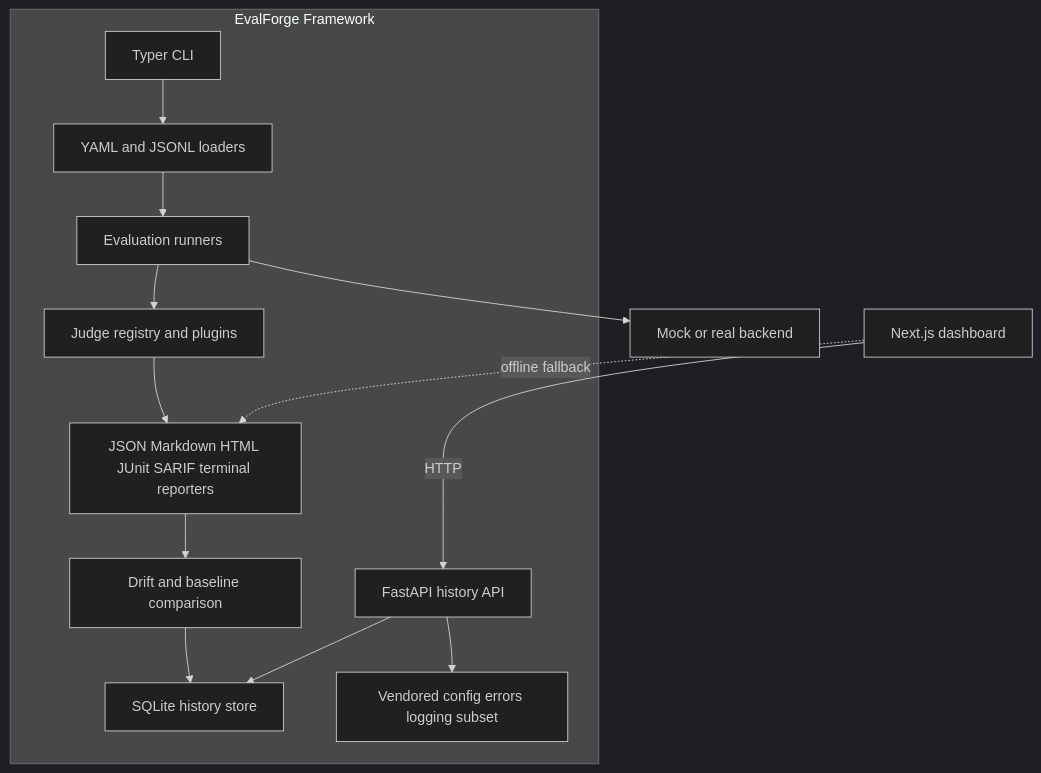
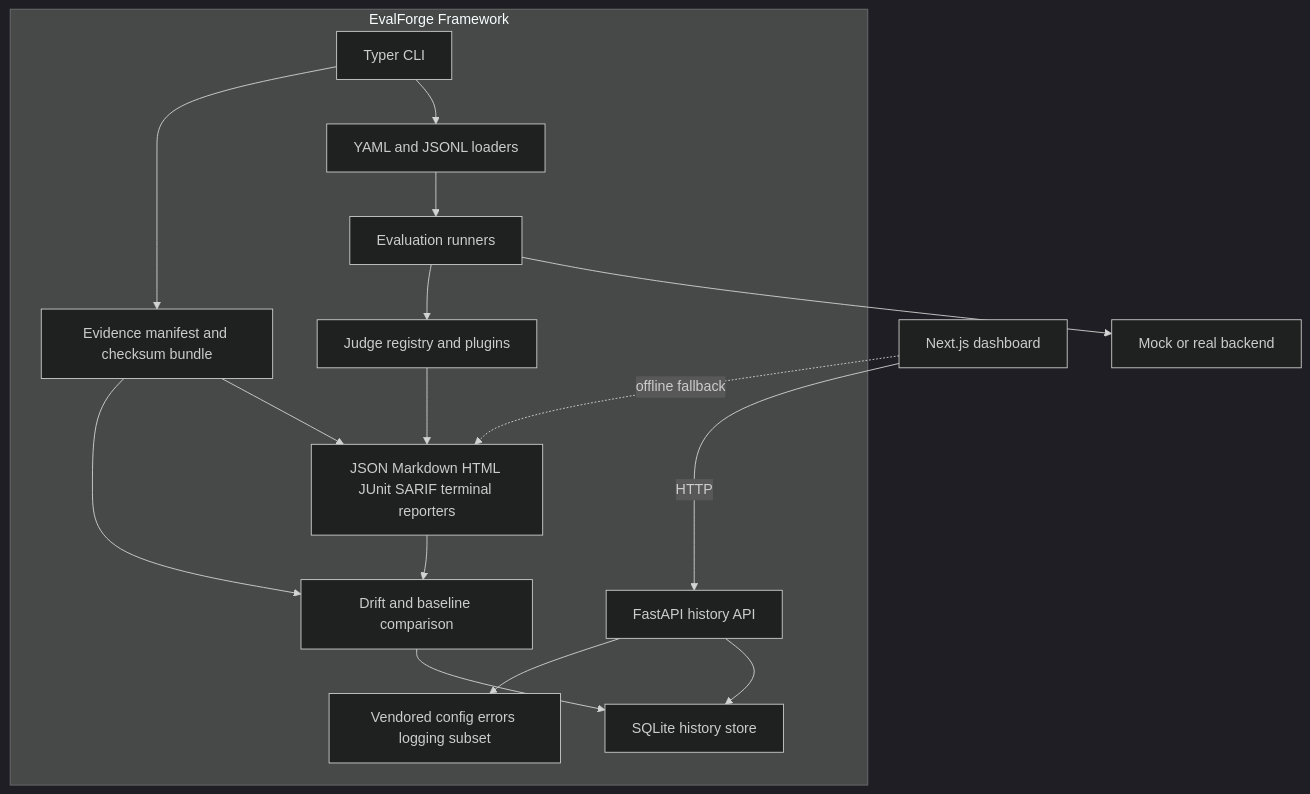
The second of 3 diagrams in docs/architecture/c4.md (FishRaposo/evalforge), drawn with Mermaid (dark theme) before and after one commit. The commit also changed other lines of this file and 25 other files, not shown here.

````diff
--- a/docs/architecture/c4.md
+++ b/docs/architecture/c4.md
@@ -19,29 +19,33 @@
 ```mermaid
 graph TB
     subgraph EvalForge[EvalForge Framework]
         CLI[Typer CLI]
         Loader[YAML and JSONL loaders]
         Runner[Evaluation runners]
         Judges[Judge registry and plugins]
         Reports[JSON Markdown HTML JUnit SARIF terminal reporters]
         Drift[Drift and baseline comparison]
+        Evidence[Evidence manifest and checksum bundle]
         History[SQLite history store]
         API[FastAPI history API]
         Shared[Vendored config errors logging subset]
     end
 
     Backend[Mock or real backend]
     Dashboard[Next.js dashboard]
 
     CLI --> Loader
     Loader --> Runner
     Runner --> Backend
     Runner --> Judges
     Judges --> Reports
     Reports --> Drift
     Drift --> History
+    CLI --> Evidence
+    Evidence --> Reports
+    Evidence --> Drift
     API --> History
     API --> Shared
     Dashboard -->|HTTP| API
     Dashboard -.->|offline fallback| Reports
 ```
````
